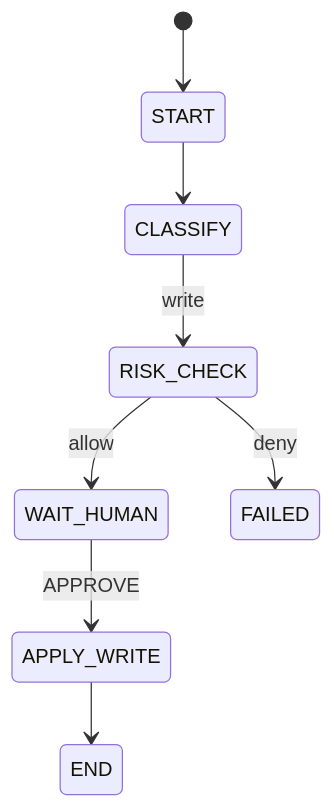
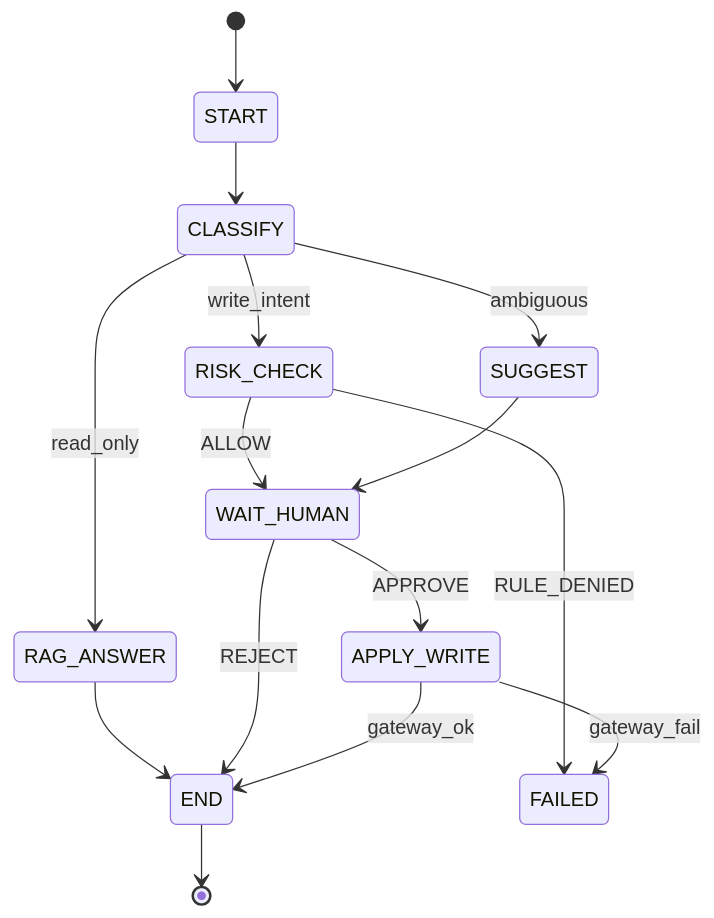
One commit to huayedi/ai-study changed the first of 2 diagrams in docs/lessons/MONTH8_WORKFLOW_VIZ_COMPLETE.md. Above: the diagram before and after it, drawn with Mermaid. The commit also changed other lines of this file and 1 other file, not shown here.

````diff
--- a/docs/lessons/MONTH8_WORKFLOW_VIZ_COMPLETE.md
+++ b/docs/lessons/MONTH8_WORKFLOW_VIZ_COMPLETE.md
@@ -92,10 +146,17 @@
 ```mermaid
 stateDiagram-v2
   [*] --> START
   START --> CLASSIFY
-  CLASSIFY --> RISK_CHECK: write
-  RISK_CHECK --> WAIT_HUMAN: allow
-  RISK_CHECK --> FAILED: deny
+  CLASSIFY --> RAG_ANSWER: read_only
+  CLASSIFY --> RISK_CHECK: write_intent
+  CLASSIFY --> SUGGEST: ambiguous
+  RAG_ANSWER --> END
+  RISK_CHECK --> WAIT_HUMAN: ALLOW
+  RISK_CHECK --> FAILED: RULE_DENIED
+  SUGGEST --> WAIT_HUMAN
   WAIT_HUMAN --> APPLY_WRITE: APPROVE
-  APPLY_WRITE --> END
+  WAIT_HUMAN --> END: REJECT
+  APPLY_WRITE --> END: gateway_ok
+  APPLY_WRITE --> FAILED: gateway_fail
+  END --> [*]
 ```
````
